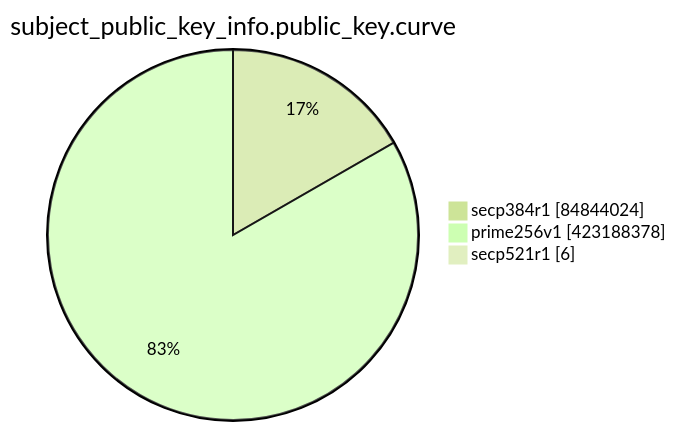
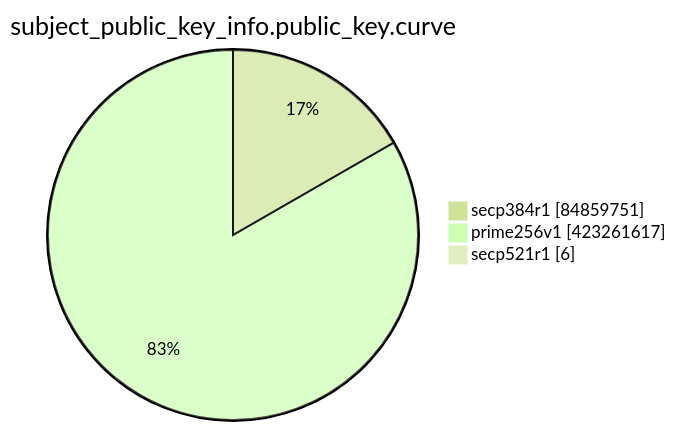
One commit to christiankrug/ctmonitor_visualization changed the eighth of 15 diagrams in TOTAL/README.md. Above: the diagram before and after it, drawn with Mermaid (forest theme). The commit also changed other lines of this file, not shown here.

````diff
--- a/TOTAL/README.md
+++ b/TOTAL/README.md
@@ -3099,7 +3099,7 @@
 ```mermaid
 pie showData
 title subject_public_key_info.public_key.curve
-"secp384r1" :84844024
-"prime256v1" :423188378
+"secp384r1" :84859751
+"prime256v1" :423261617
 "secp521r1" :6
 ```
````
